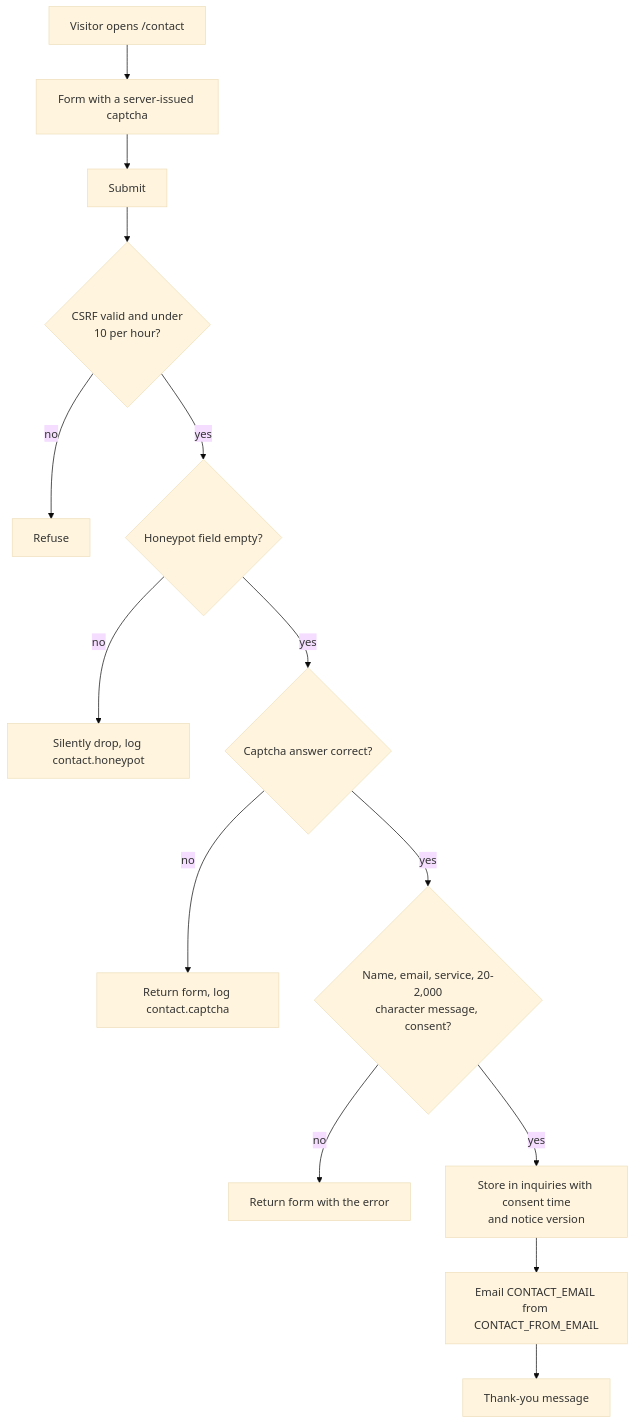
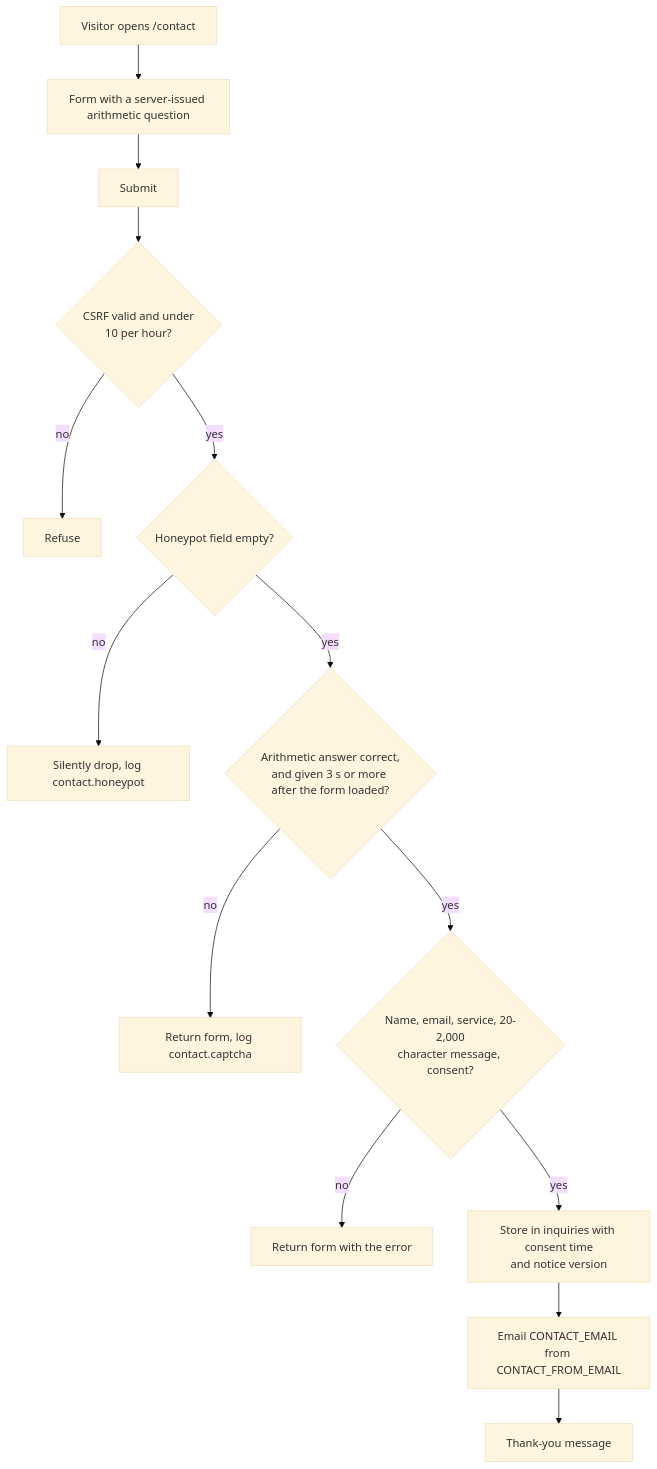
The sixth of 8 diagrams in docs/architecture/flows.md (redspaxz/ttechcg), drawn with Mermaid (base theme) before and after one commit. The commit also changed other lines of this file and 10 other files, not shown here.

````diff
--- a/docs/architecture/flows.md
+++ b/docs/architecture/flows.md
@@ -154,16 +157,16 @@
 ```mermaid
 flowchart TD
-    A["Visitor opens /contact"] --> B["Form with a server-issued captcha"]
+    A["Visitor opens /contact"] --> B["Form with a server-issued arithmetic question"]
     B --> C["Submit"]
     C --> D{"CSRF valid and under<br/>10 per hour?"}
     D -->|"no"| X["Refuse"]
     D -->|"yes"| E{"Honeypot field empty?"}
     E -->|"no"| X2["Silently drop, log contact.honeypot"]
-    E -->|"yes"| F{"Captcha answer correct?"}
+    E -->|"yes"| F{"Arithmetic answer correct,<br/>and given 3 s or more after the form loaded?"}
     F -->|"no"| X3["Return form, log contact.captcha"]
     F -->|"yes"| G{"Name, email, service, 20-2,000<br/>character message, consent?"}
     G -->|"no"| X4["Return form with the error"]
     G -->|"yes"| H["Store in inquiries with consent time<br/>and notice version"]
     H --> I["Email CONTACT_EMAIL from CONTACT_FROM_EMAIL"]
     I --> J["Thank-you message"]
 ```
````
